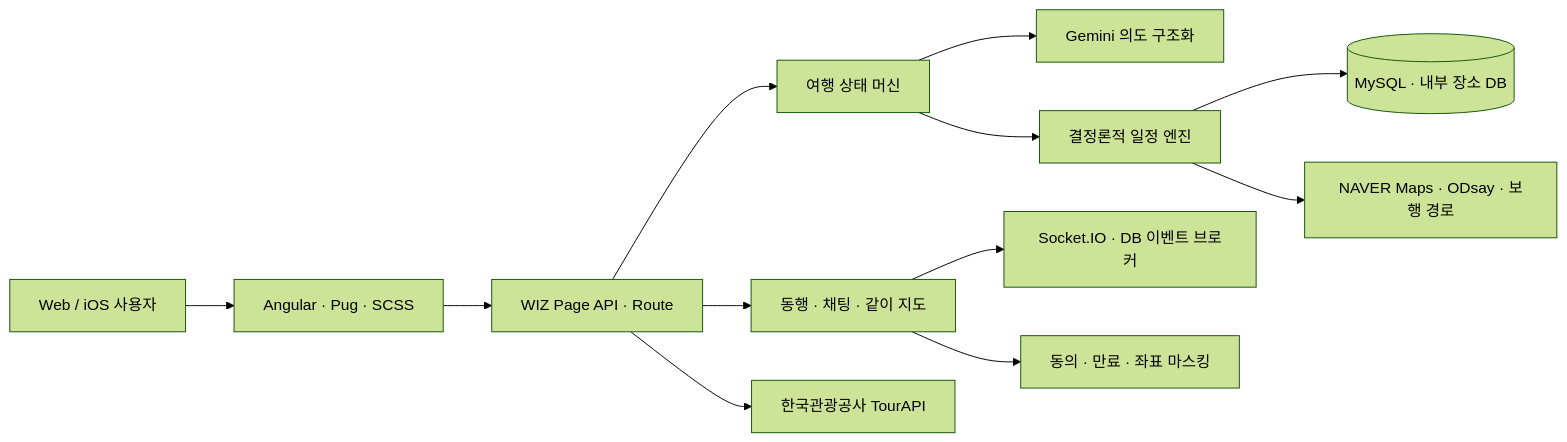
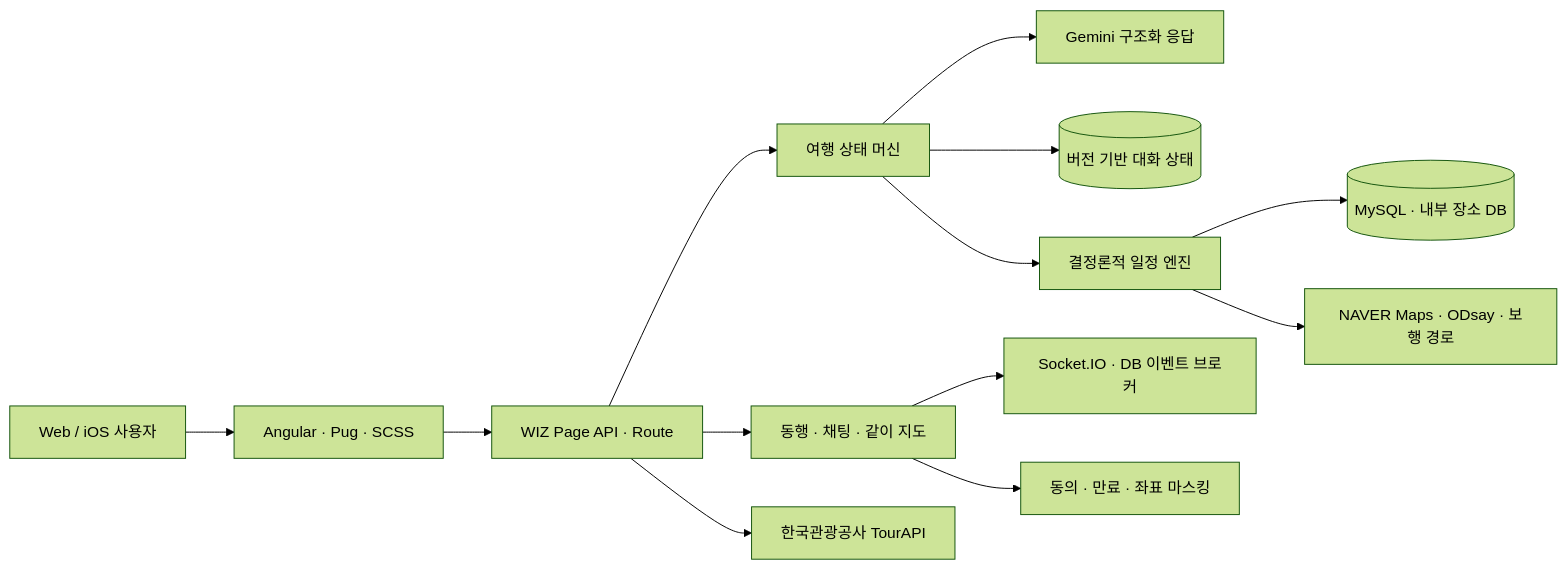
One commit to xericen/GACHI changed the first of 2 diagrams in README.md. Above: the diagram before and after it, drawn with Mermaid (forest theme). The commit also changed other lines of this file, not shown here.

````diff
--- a/README.md
+++ b/README.md
@@ -134,14 +144,15 @@
 ```mermaid
 flowchart LR
     U[Web / iOS 사용자] --> UI[Angular · Pug · SCSS]
     UI --> API[WIZ Page API · Route]
     API --> STATE[여행 상태 머신]
     API --> SOCIAL[동행 · 채팅 · 같이 지도]
-    STATE --> AI[Gemini 의도 구조화]
+    STATE --> AI[Gemini 구조화 응답]
+    STATE --> THREAD[(버전 기반 대화 상태)]
     STATE --> ENGINE[결정론적 일정 엔진]
     ENGINE --> DB[(MySQL · 내부 장소 DB)]
     ENGINE --> MAP[NAVER Maps · ODsay · 보행 경로]
     SOCIAL --> SOCKET[Socket.IO · DB 이벤트 브로커]
     SOCIAL --> SAFETY[동의 · 만료 · 좌표 마스킹]
     API --> TOUR[한국관광공사 TourAPI]
 ```
````
